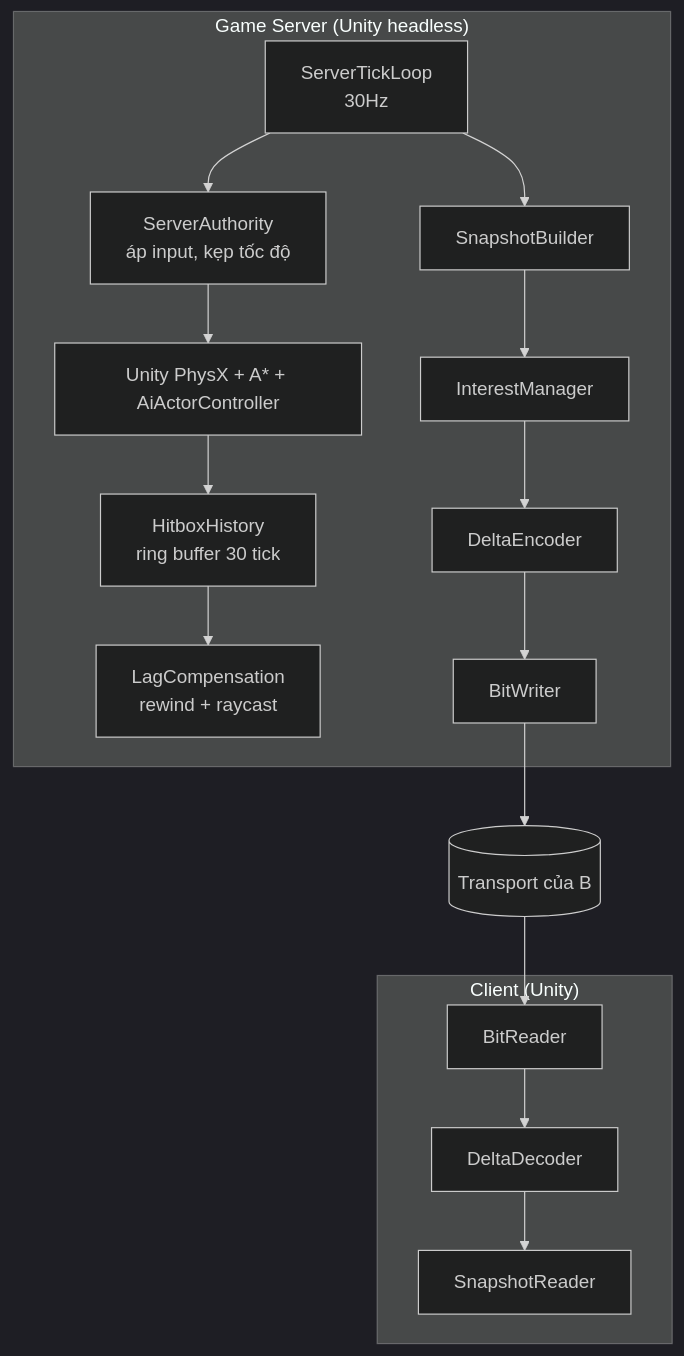
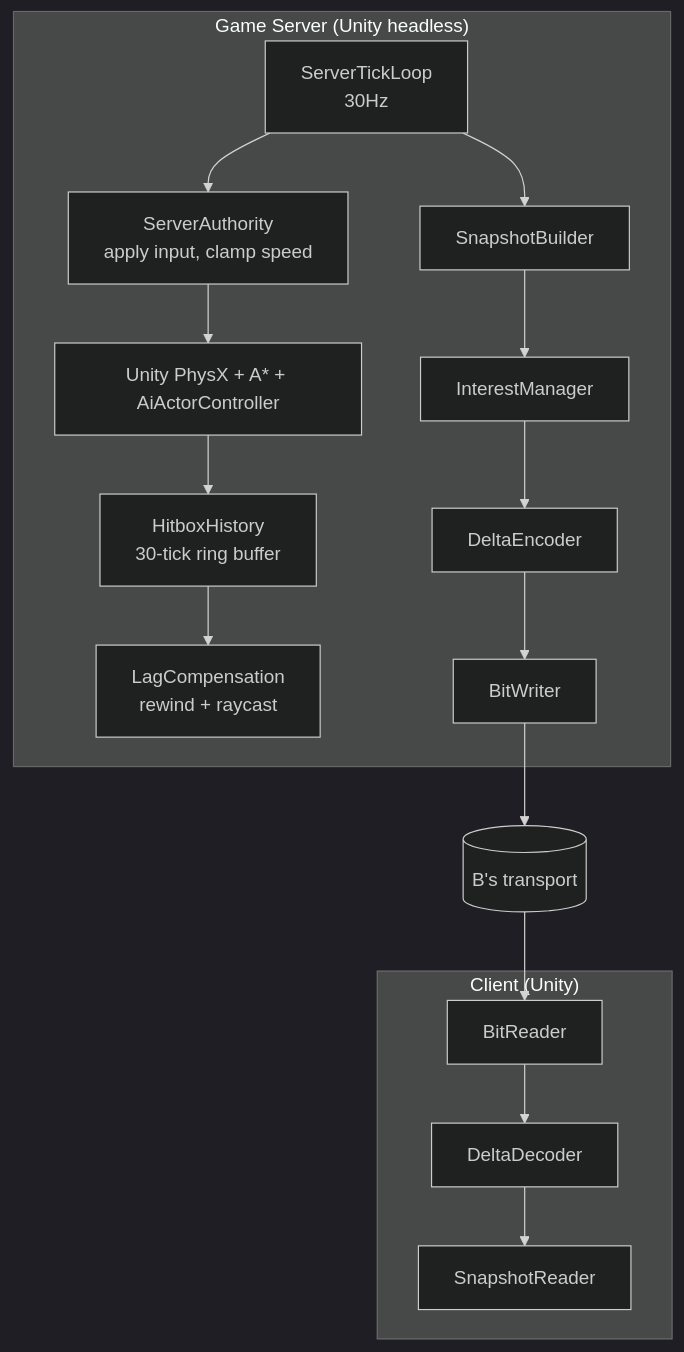
Before and after one commit to Nghaiz/LTM: the diagram in plans/dev-c-replication/plan.md, drawn with Mermaid (dark theme). The commit also changed other lines of this file and 34 other files, not shown here.

````diff
--- a/plans/dev-c-replication/plan.md
+++ b/plans/dev-c-replication/plan.md
@@ -97,25 +101,25 @@
 ```mermaid
 flowchart TB
     subgraph Server["Game Server (Unity headless)"]
         Tick[ServerTickLoop<br/>30Hz]
-        Auth[ServerAuthority<br/>áp input, kẹp tốc độ]
+        Auth[ServerAuthority<br/>apply input, clamp speed]
         Sim[Unity PhysX + A* + AiActorController]
-        Hist[HitboxHistory<br/>ring buffer 30 tick]
+        Hist[HitboxHistory<br/>30-tick ring buffer]
         Lag[LagCompensation<br/>rewind + raycast]
         Snap[SnapshotBuilder]
         Int[InterestManager]
         Delta[DeltaEncoder]
         BW[BitWriter]
     end
     subgraph Client["Client (Unity)"]
         BR[BitReader]
         Dec[DeltaDecoder]
         SR[SnapshotReader]
     end
-    T1[(Transport của B)]
+    T1[(B's transport)]
 
     Tick --> Auth --> Sim
     Sim --> Hist --> Lag
     Tick --> Snap --> Int --> Delta --> BW --> T1
     T1 --> BR --> Dec --> SR
 ```
````
